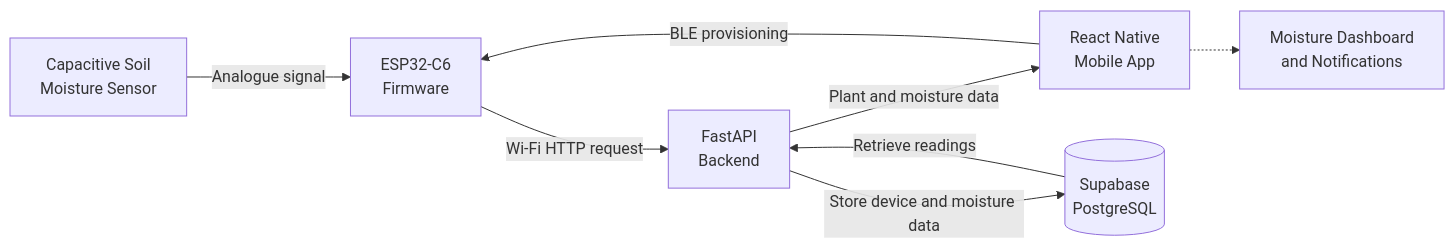
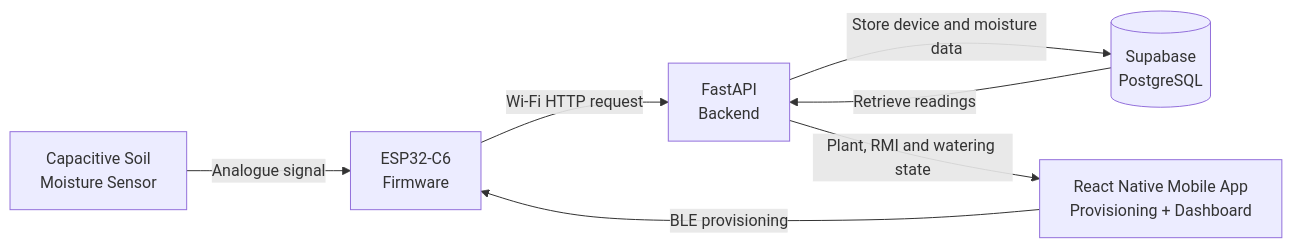
One commit to blazej-wiz/IoT-Plant-Moisture-Monitor changed the diagram in README.md. Above: the diagram before and after it, drawn with Mermaid. The commit also changed other lines of this file, not shown here.

````diff
--- a/README.md
+++ b/README.md
@@ -191,17 +218,15 @@
 ```mermaid
 flowchart LR
     Sensor[Capacitive Soil<br/>Moisture Sensor]
     ESP[ESP32-C6<br/>Firmware]
-    App[React Native<br/>Mobile App]
+    App[React Native Mobile App<br/>Provisioning + Dashboard]
     API[FastAPI<br/>Backend]
     DB[(Supabase<br/>PostgreSQL)]
-    Dashboard[Moisture Dashboard<br/>and Notifications]
 
     Sensor -->|Analogue signal| ESP
     App -->|BLE provisioning| ESP
     ESP -->|Wi-Fi HTTP request| API
     API -->|Store device and moisture data| DB
     DB -->|Retrieve readings| API
-    API -->|Plant and moisture data| App
-    App -.-> Dashboard
+    API -->|Plant, RMI and watering state| App
 ```
````
